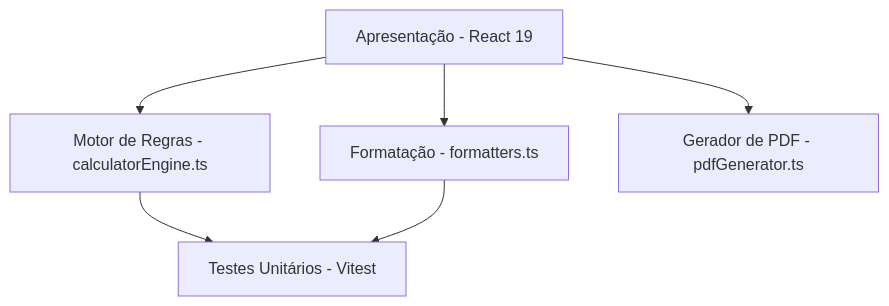
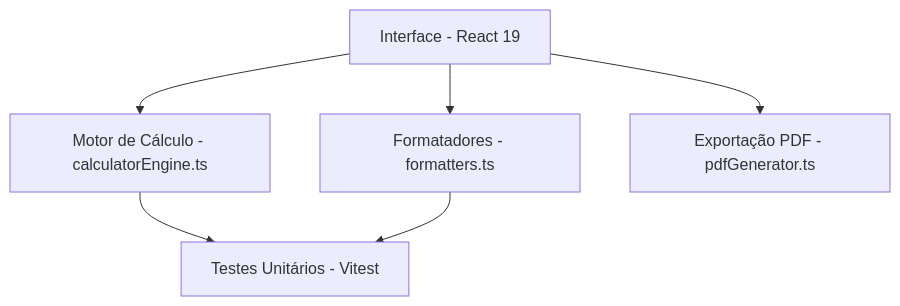
One commit to kairoc91/proposta-chaves changed the diagram in README.md. Above: the diagram before and after it, drawn with Mermaid. The commit also changed other lines of this file, not shown here.

````diff
--- a/README.md
+++ b/README.md
@@ -24,8 +21,8 @@
 ```mermaid
 graph TD
-    UI[Apresentação - React 19] --> Engine[Motor de Regras - calculatorEngine.ts]
-    UI --> Formatters[Formatação - formatters.ts]
-    UI --> PDF[Gerador de PDF - pdfGenerator.ts]
+    UI[Interface - React 19] --> Engine[Motor de Cálculo - calculatorEngine.ts]
+    UI --> Formatters[Formatadores - formatters.ts]
+    UI --> PDF[Exportação PDF - pdfGenerator.ts]
     Engine --> Vitest[Testes Unitários - Vitest]
     Formatters --> Vitest
 ```
````
